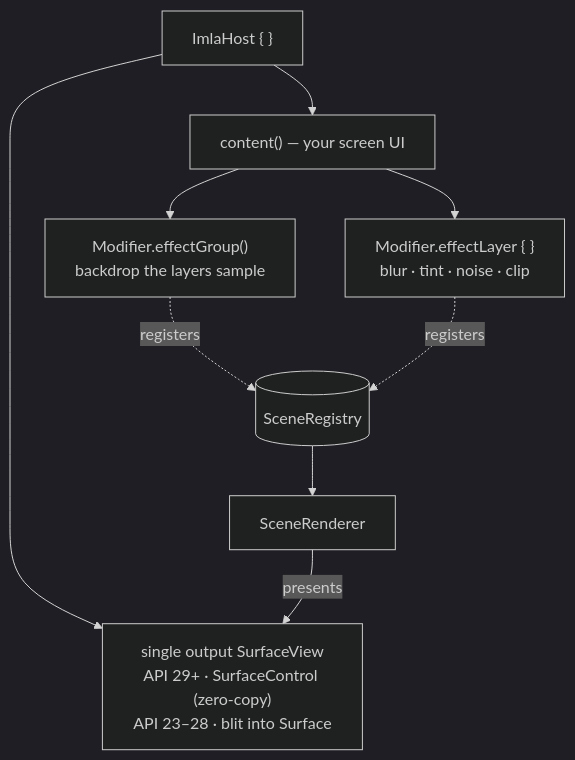
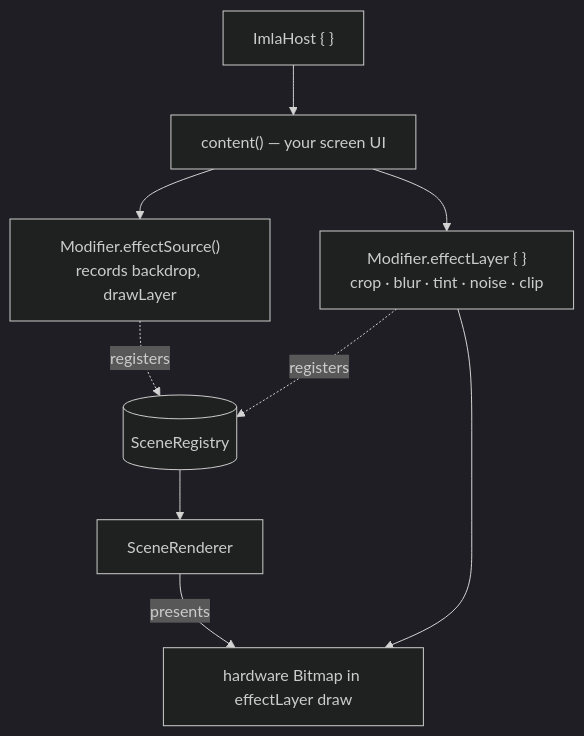
The first of 2 diagrams in README.md (desugar-64/imla), drawn with Mermaid (dark theme) before and after one commit. The commit also changed other lines of this file and 28 other files, not shown here.

First line of the commit message:
feat: present each effect layer as a hardware bitmap

````diff
--- a/README.md
+++ b/README.md
@@ -99,19 +98,19 @@
 ```mermaid
 flowchart TB
     Host["ImlaHost { }"]
     Content["content() — your screen UI"]
-    Group["Modifier.effectGroup()<br/>backdrop the layers sample"]
-    Layer["Modifier.effectLayer { }<br/>blur · tint · noise · clip"]
+    Source["Modifier.effectSource()<br/>records backdrop, drawLayer"]
+    Layer["Modifier.effectLayer { }<br/>crop · blur · tint · noise · clip"]
     Registry[("SceneRegistry")]
     Renderer["SceneRenderer"]
-    Surface["single output SurfaceView<br/>API 29+ · SurfaceControl (zero-copy)<br/>API 23–28 · blit into Surface"]
+    Bitmap["hardware Bitmap in effectLayer draw"]
 
     Host --> Content
-    Host --> Surface
-    Content --> Group
+    Content --> Source
     Content --> Layer
-    Group -. registers .-> Registry
+    Source -. registers .-> Registry
     Layer -. registers .-> Registry
     Registry --> Renderer
-    Renderer -- presents --> Surface
+    Renderer -- presents --> Bitmap
+    Layer --> Bitmap
 ```
````
